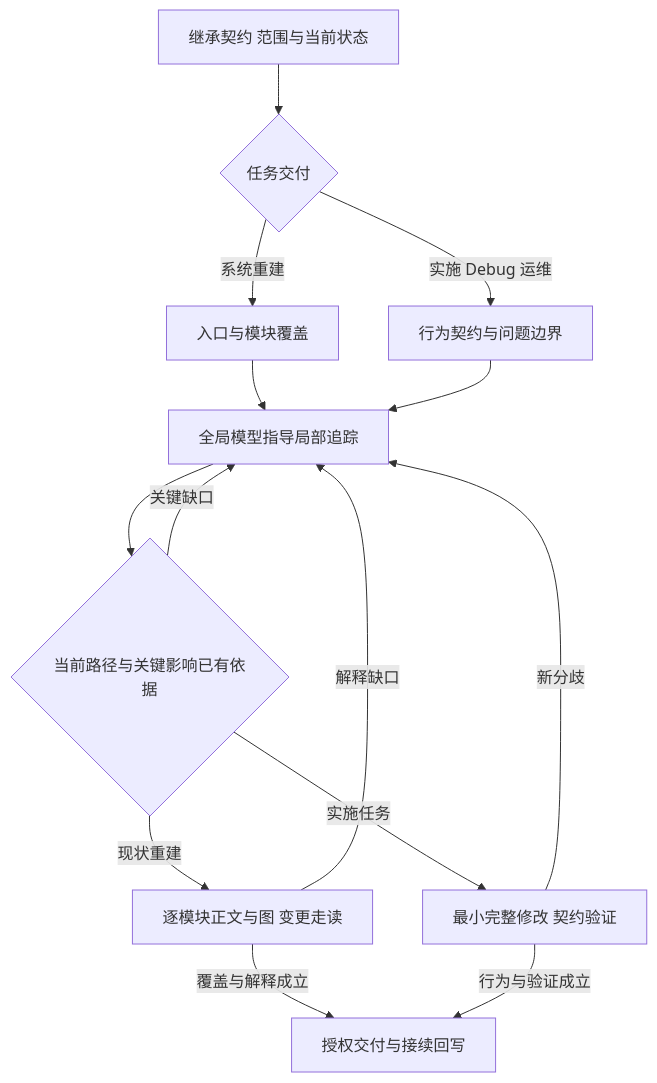
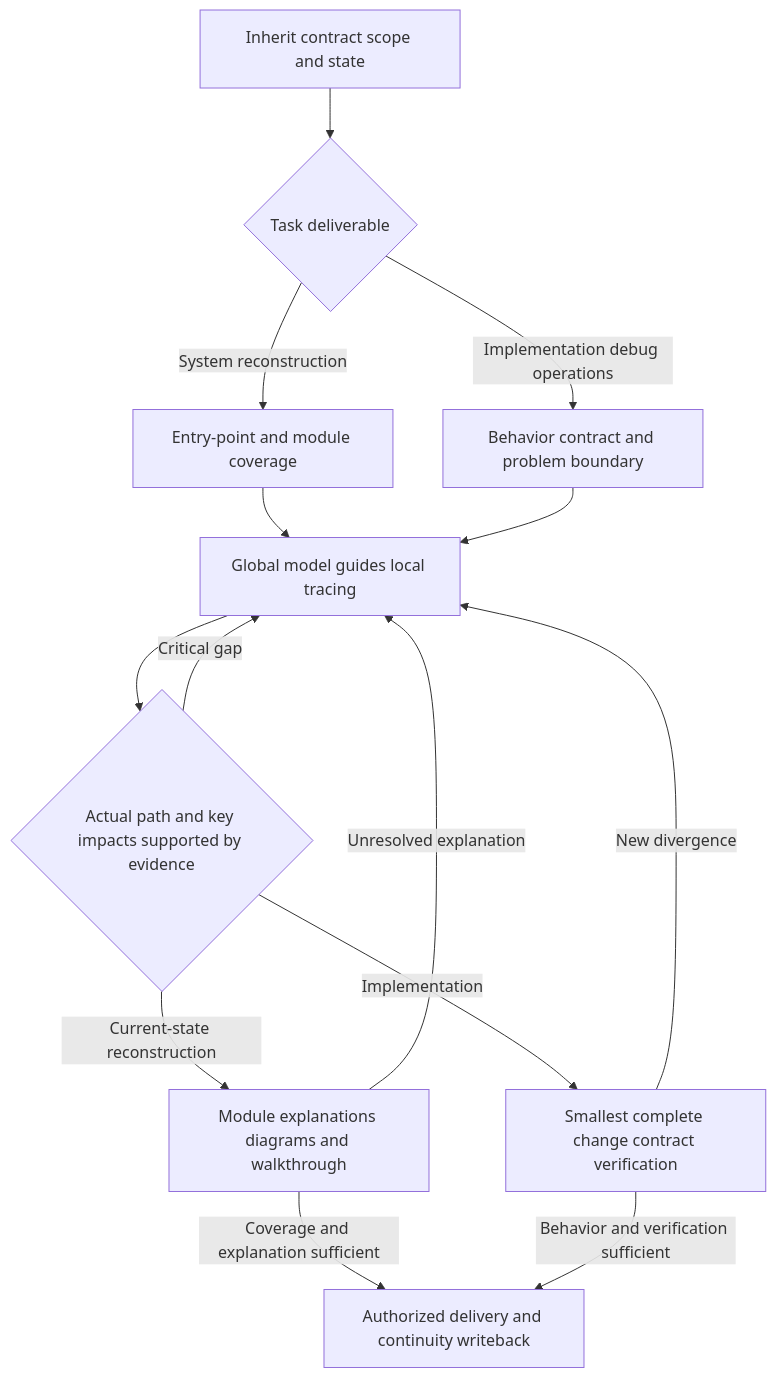
One commit to jiale-li-orion/arch-thinking-skill changed the third of 3 diagrams in README.md. Above: the diagram before and after it, drawn with Mermaid. The commit also changed other lines of this file and 12 other files, not shown here.

````diff
--- a/README.md
+++ b/README.md
@@ -125,16 +126,16 @@
 ```mermaid
 flowchart TB
-    READ[继承契约 范围与当前状态] --> TASK{任务交付}
-    TASK -->|系统重建| COVER[入口与模块覆盖]
-    TASK -->|实施 Debug 运维| BOUND[行为契约与问题边界]
-    COVER --> MODEL[全局模型指导局部追踪]
+    READ[Inherit contract scope and state] --> TASK{Task deliverable}
+    TASK -->|System reconstruction| COVER[Entry-point and module coverage]
+    TASK -->|Implementation debug operations| BOUND[Behavior contract and problem boundary]
+    COVER --> MODEL[Global model guides local tracing]
     BOUND --> MODEL
-    MODEL --> FACT{当前路径与关键影响已有依据}
-    FACT -->|关键缺口| MODEL
-    FACT -->|现状重建| DOC[逐模块正文与图 变更走读]
-    FACT -->|实施任务| CHANGE[最小完整修改 契约验证]
-    DOC -->|解释缺口| MODEL
-    CHANGE -->|新分歧| MODEL
-    DOC -->|覆盖与解释成立| DONE[授权交付与接续回写]
-    CHANGE -->|行为与验证成立| DONE
+    MODEL --> FACT{Actual path and key impacts supported by evidence}
+    FACT -->|Critical gap| MODEL
+    FACT -->|Current-state reconstruction| DOC[Module explanations diagrams and walkthrough]
+    FACT -->|Implementation| CHANGE[Smallest complete change contract verification]
+    DOC -->|Unresolved explanation| MODEL
+    CHANGE -->|New divergence| MODEL
+    DOC -->|Coverage and explanation sufficient| DONE[Authorized delivery and continuity writeback]
+    CHANGE -->|Behavior and verification sufficient| DONE
 ```
````
